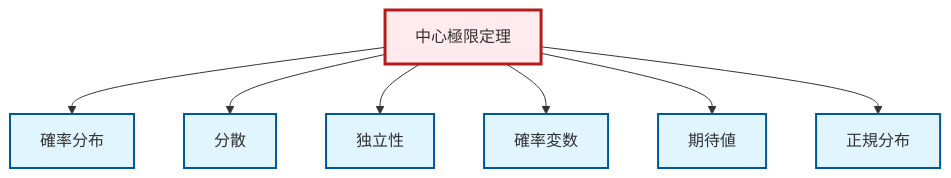
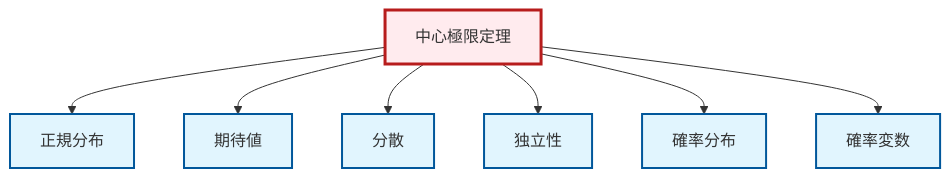
The diagram in output/mermaid/ja/thm-central-limit.mermaid (RK0429/ModernMath), drawn with Mermaid before and after one commit. The commit also changed other lines of this file and 1707 other files, not shown here.

```diff
--- a/output/mermaid/ja/thm-central-limit.mermaid
+++ b/output/mermaid/ja/thm-central-limit.mermaid
@@ -1,20 +1,20 @@
 graph TD
     classDef definition fill:#e1f5fe,stroke:#01579b,stroke-width:2px
     classDef theorem fill:#f3e5f5,stroke:#4a148c,stroke-width:2px
     classDef axiom fill:#fff3e0,stroke:#e65100,stroke-width:2px
     classDef example fill:#e8f5e9,stroke:#1b5e20,stroke-width:2px
     classDef current fill:#ffebee,stroke:#b71c1c,stroke-width:3px
+    def-independence["独立性"]:::definition
+    def-expectation["期待値"]:::definition
+    def-normal-distribution["正規分布"]:::definition
+    def-probability-distribution["確率分布"]:::definition
+    def-random-variable["確率変数"]:::definition
     thm-central-limit["中心極限定理"]:::theorem
-    def-expectation["期待値"]:::definition
-    def-probability-distribution["確率分布"]:::definition
-    def-normal-distribution["正規分布"]:::definition
-    def-random-variable["確率変数"]:::definition
-    def-independence["独立性"]:::definition
     def-variance["分散"]:::definition
-    thm-central-limit --> def-probability-distribution
+    thm-central-limit --> def-normal-distribution
+    thm-central-limit --> def-expectation
     thm-central-limit --> def-variance
     thm-central-limit --> def-independence
+    thm-central-limit --> def-probability-distribution
     thm-central-limit --> def-random-variable
-    thm-central-limit --> def-expectation
-    thm-central-limit --> def-normal-distribution
     class thm-central-limit current
```
